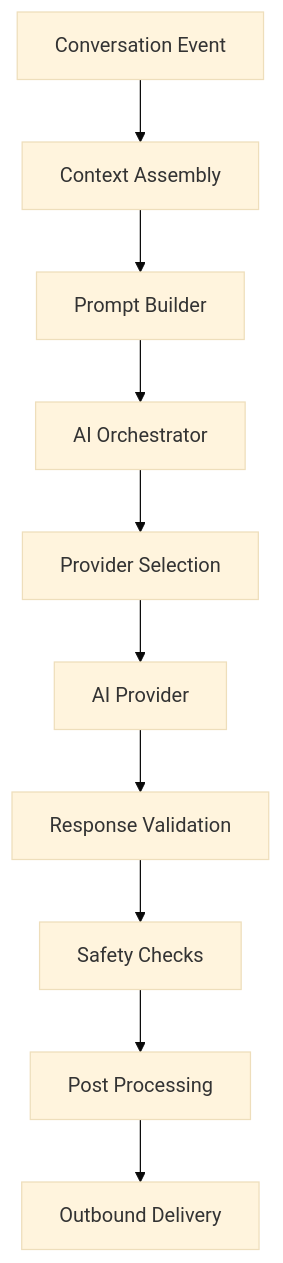
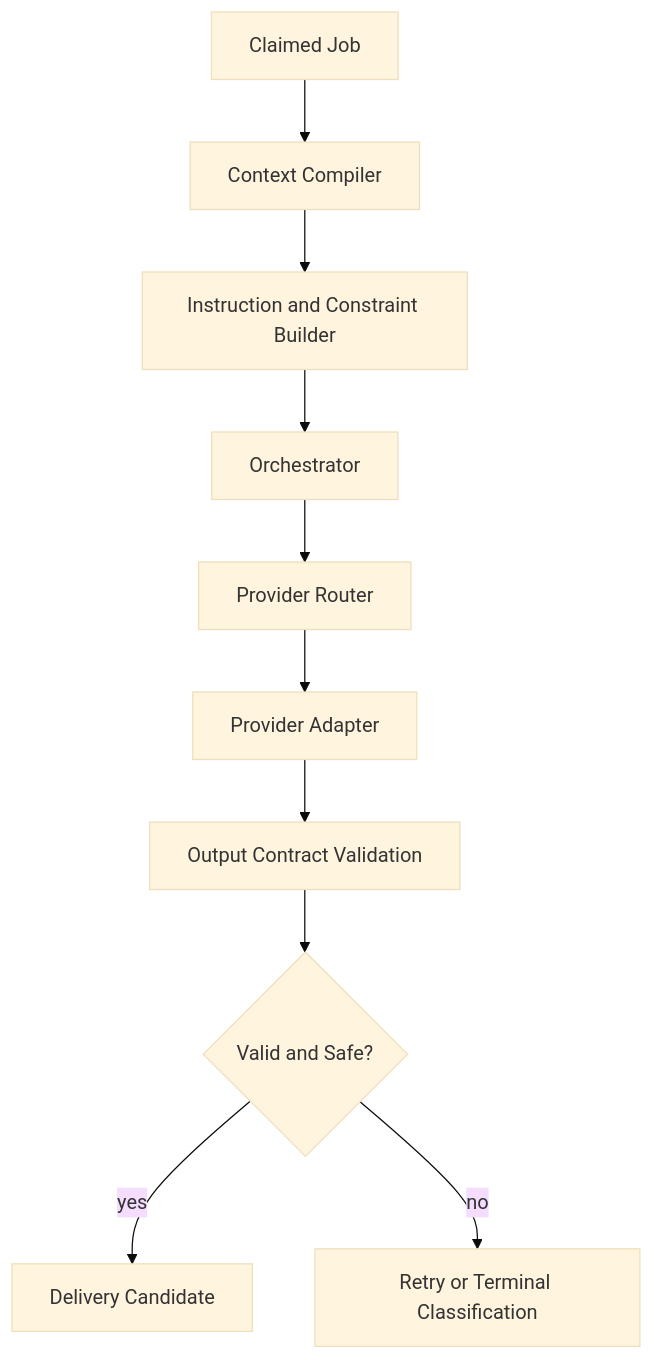
One commit to Ahsankhalid618/ai-automation-system-design changed the diagram in architecture/ai-orchestration.md. Above: the diagram before and after it, drawn with Mermaid (base theme). The commit also changed other lines of this file and 15 other files, not shown here.

````diff
--- a/architecture/ai-orchestration.md
+++ b/architecture/ai-orchestration.md
@@ -22,21 +15,12 @@
 ```mermaid
 flowchart TD
-
-A[Conversation Event] --> B[Context Assembly]
-
-B --> C[Prompt Builder]
-
-C --> D[AI Orchestrator]
-
-D --> E[Provider Selection]
-
-E --> F[AI Provider]
-
-F --> G[Response Validation]
-
-G --> H[Safety Checks]
-
-H --> I[Post Processing]
-
-I --> J[Outbound Delivery]
+  A[Claimed Job] --> B[Context Compiler]
+  B --> C[Instruction and Constraint Builder]
+  C --> D[Orchestrator]
+  D --> E[Provider Router]
+  E --> F[Provider Adapter]
+  F --> G[Output Contract Validation]
+  G --> H{Valid and Safe?}
+  H -->|yes| I[Delivery Candidate]
+  H -->|no| J[Retry or Terminal Classification]
 ```
````
